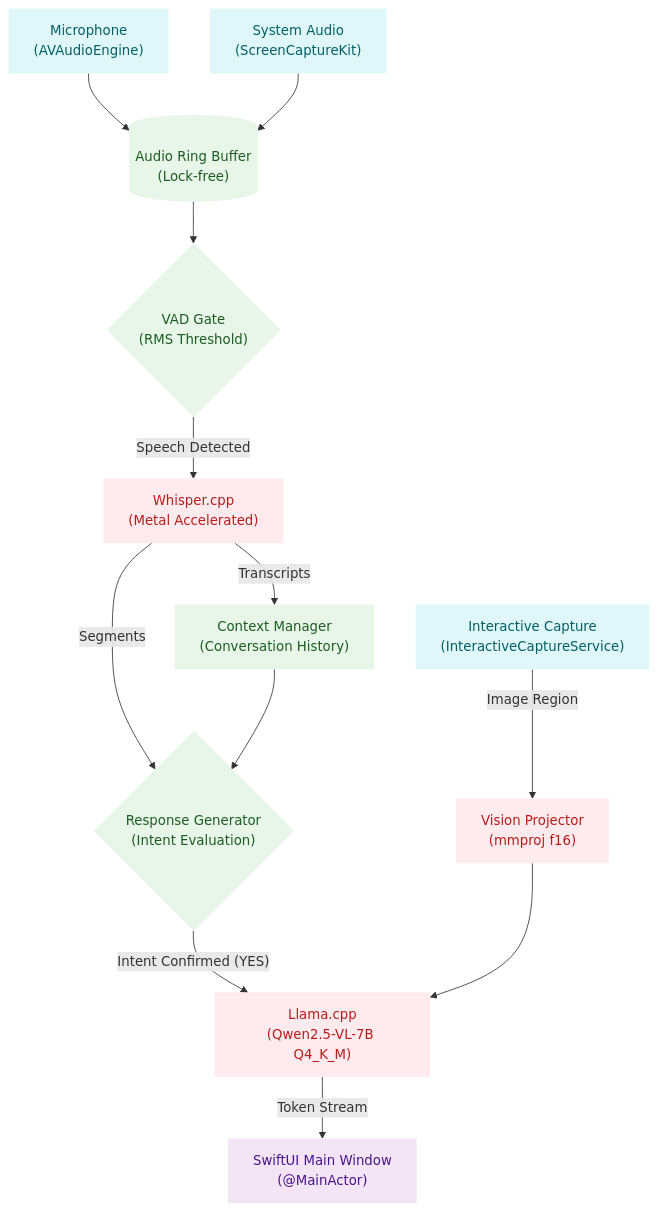
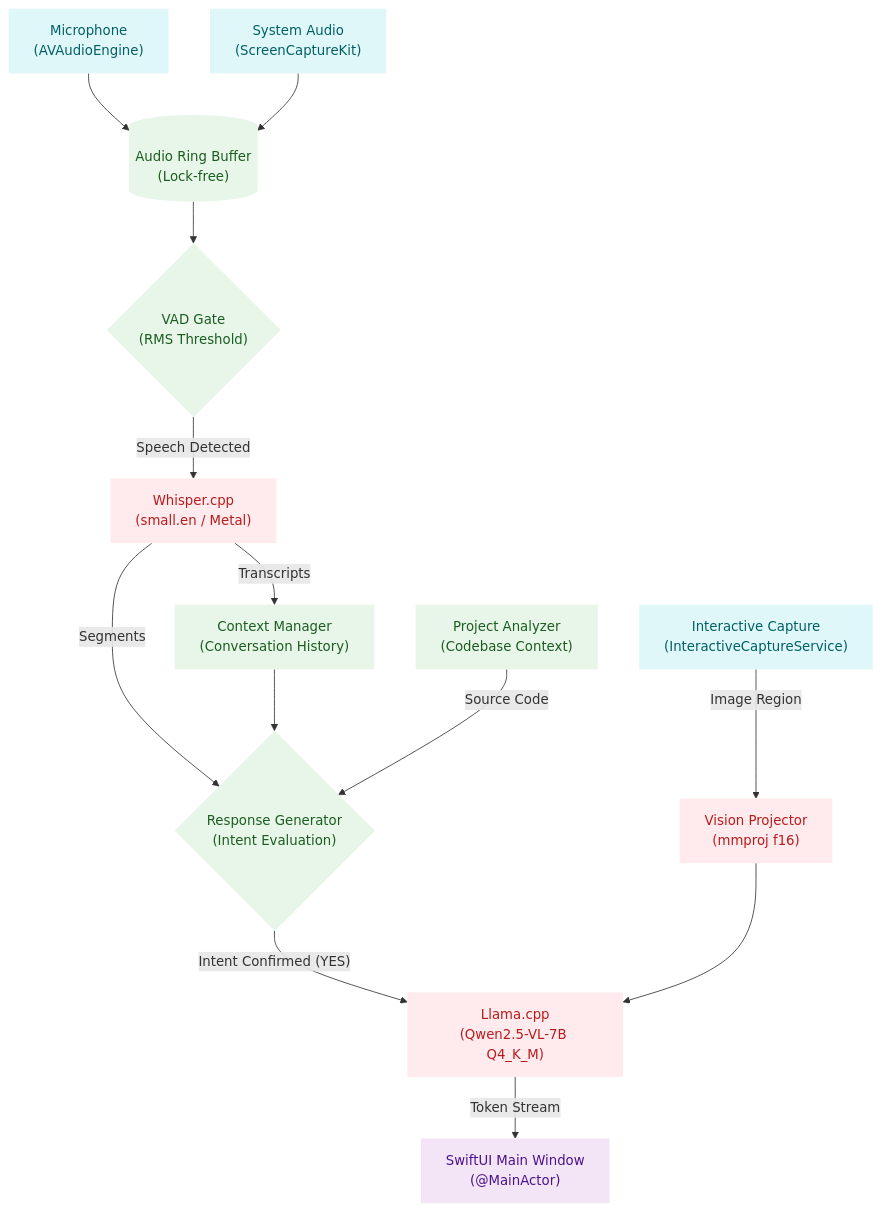
The diagram in README.md (BGYKanishka/butler), drawn with Mermaid before and after one commit. The commit also changed other lines of this file and 2 other files, not shown here.

Commit message:
docs: update documentation to include codebase context integration, KV cache optimization, and automated model downloads

````diff
--- a/README.md
+++ b/README.md
@@ -24,35 +30,37 @@
 ```mermaid
 graph TD
     %% Styling (Light & Clean)
     classDef native fill:#e0f7fa,stroke:none,stroke-width:0px,color:#006064
     classDef engine fill:#ffebee,stroke:none,stroke-width:0px,color:#b71c1c
     classDef logic fill:#e8f5e9,stroke:none,stroke-width:0px,color:#1b5e20
     classDef ui fill:#f3e5f5,stroke:none,stroke-width:0px,color:#4a148c
 
     Mic["Microphone\n(AVAudioEngine)"]:::native
     SysAudio["System Audio\n(ScreenCaptureKit)"]:::native
     ScreenCap["Interactive Capture\n(InteractiveCaptureService)"]:::native
     RingBuffer[("Audio Ring Buffer\n(Lock-free)")]:::logic
 
     VAD{"VAD Gate\n(RMS Threshold)"}:::logic
-    Whisper["Whisper.cpp\n(Metal Accelerated)"]:::engine
+    Whisper["Whisper.cpp\n(small.en / Metal)"]:::engine
     Context["Context Manager\n(Conversation History)"]:::logic
+    ProjectAnalyzer["Project Analyzer\n(Codebase Context)"]:::logic
 
     Intent{"Response Generator\n(Intent Evaluation)"}:::logic
     Llama["Llama.cpp\n(Qwen2.5-VL-7B Q4_K_M)"]:::engine
     Mmproj["Vision Projector\n(mmproj f16)"]:::engine
 
     MainWindow["SwiftUI Main Window\n(@MainActor)"]:::ui
 
     Mic --> RingBuffer
     SysAudio --> RingBuffer
     RingBuffer --> VAD
     VAD -- "Speech Detected" --> Whisper
     Whisper -- "Transcripts" --> Context
     Whisper -- "Segments" --> Intent
     Context --> Intent
+    ProjectAnalyzer -- "Source Code" --> Intent
     Intent -- "Intent Confirmed (YES)" --> Llama
     ScreenCap -- "Image Region" --> Mmproj
     Mmproj --> Llama
     Llama -- "Token Stream" --> MainWindow
 ```
````
